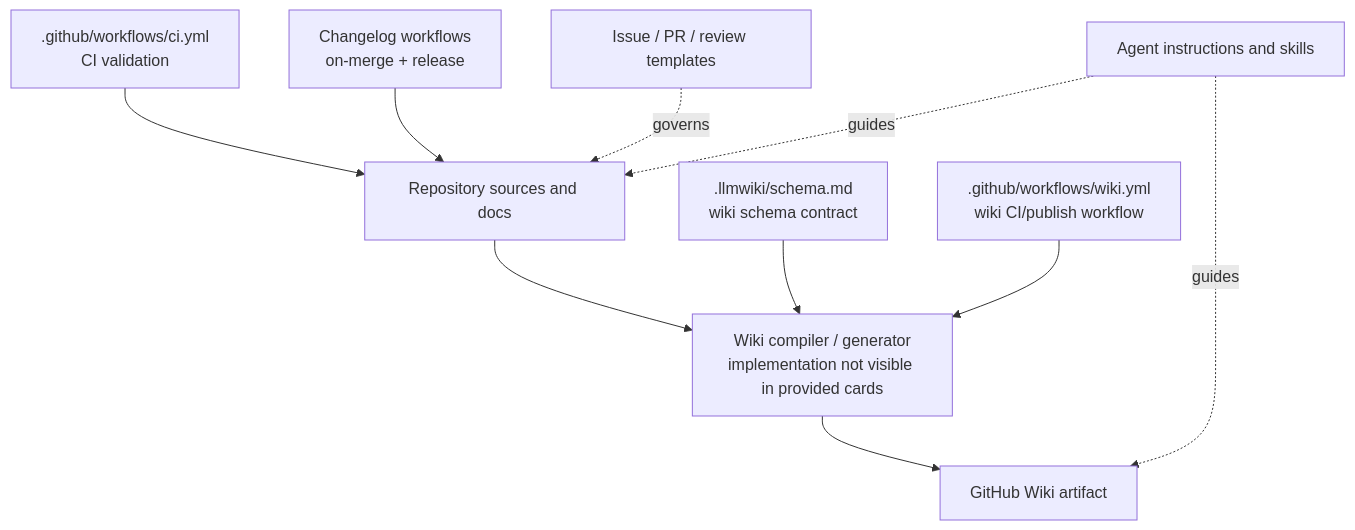
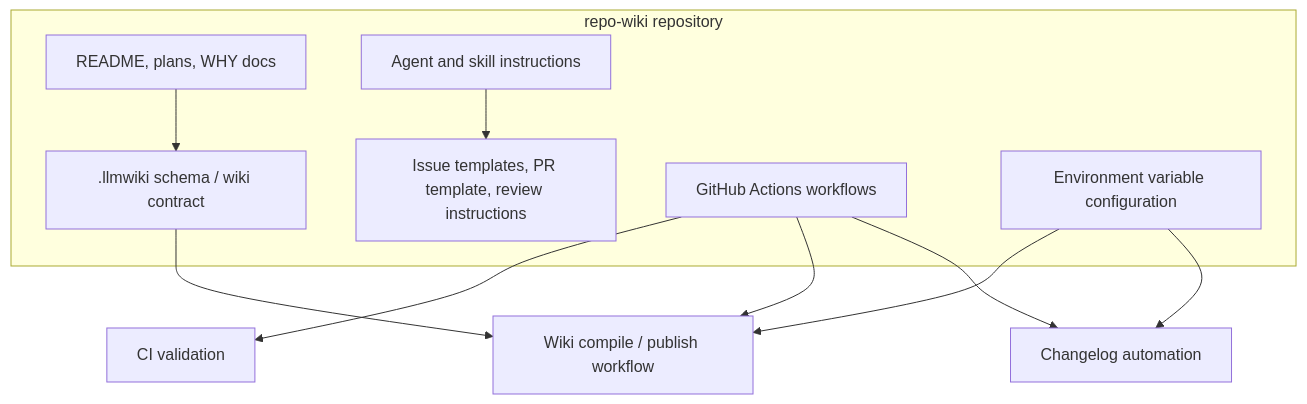
The second of 4 diagrams in Architecture.md (mfittko/repo-wiki), drawn with Mermaid before and after one commit. The commit also changed other lines of this file and 46 other files, not shown here.

Commit message:
Compile repository wiki 2026-06-13T00:19:17.893Z

````diff
--- a/Architecture.md
+++ b/Architecture.md
@@ -164,22 +122,20 @@
 ```mermaid
 flowchart TB
-    Sources["Repository sources and docs"]
-    Schema[".llmwiki/schema.md<br/>wiki schema contract"]
-    Compiler["Wiki compiler / generator<br/>implementation not visible in provided cards"]
-    WikiWorkflow[".github/workflows/wiki.yml<br/>wiki CI/publish workflow"]
-    CI[".github/workflows/ci.yml<br/>CI validation"]
-    Changelog["Changelog workflows<br/>on-merge + release"]
-    Process["Issue / PR / review templates"]
-    Agents["Agent instructions and skills"]
-    Wiki["GitHub Wiki artifact"]
+    subgraph Repo["repo-wiki repository"]
+        Schema[".llmwiki schema / wiki contract"]
+        Docs["README, plans, WHY docs"]
+        Governance["Issue templates, PR template, review instructions"]
+        Agents["Agent and skill instructions"]
+        Workflows["GitHub Actions workflows"]
+        EnvConfig["Environment variable configuration"]
+    end
 
-    Sources --> Compiler
-    Schema --> Compiler
-    Compiler --> Wiki
-    WikiWorkflow --> Compiler
-    CI --> Sources
-    Changelog --> Sources
-    Process -. governs .-> Sources
-    Agents -. guides .-> Sources
-    Agents -. guides .-> Wiki
+    Workflows --> CI["CI validation"]
+    Workflows --> Wiki["Wiki compile / publish workflow"]
+    Workflows --> ChangeLog["Changelog automation"]
+    EnvConfig --> Wiki
+    EnvConfig --> ChangeLog
+    Schema --> Wiki
+    Agents --> Governance
+    Docs --> Schema
 ```
````
